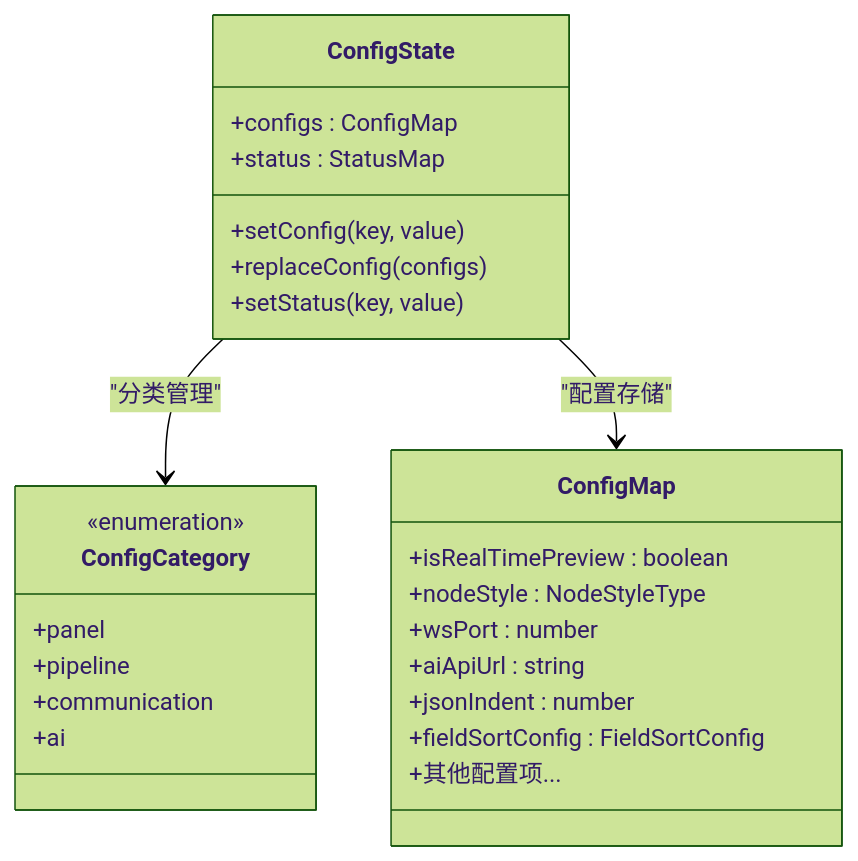
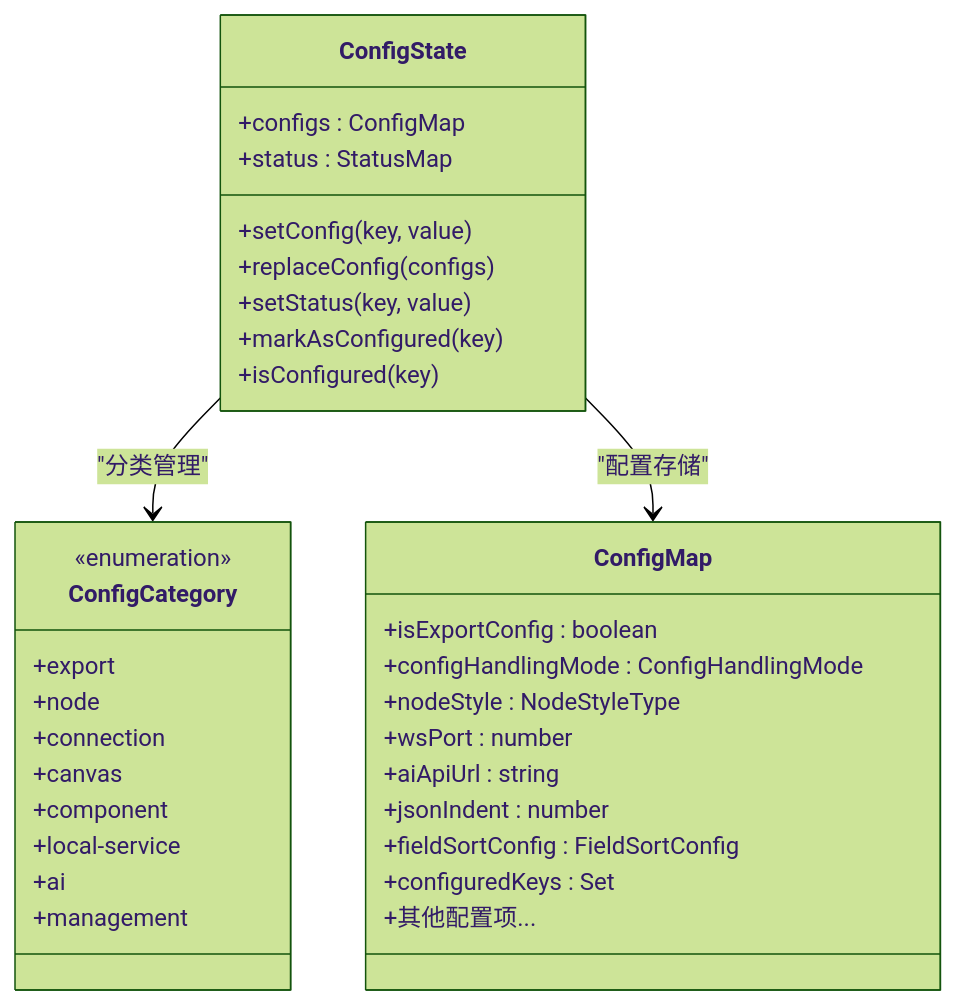
The second of 20 diagrams in .qoder/repowiki/zh/content/Config Store/Config Store.md (kqcoxn/MaaPipelineEditor), drawn with Mermaid (forest theme) before and after one commit. The commit also changed other lines of this file and 50 other files, not shown here.

````diff
--- a/.qoder/repowiki/zh/content/Config Store/Config Store.md
+++ b/.qoder/repowiki/zh/content/Config Store/Config Store.md
@@ -140,28 +155,36 @@
 ```mermaid
 classDiagram
 class ConfigCategory {
 <<enumeration>>
-+panel
-+pipeline
-+communication
++export
++node
++connection
++canvas
++component
++local-service
 +ai
++management
 }
 class ConfigState {
 +configs : ConfigMap
 +status : StatusMap
 +setConfig(key, value)
 +replaceConfig(configs)
 +setStatus(key, value)
++markAsConfigured(key)
++isConfigured(key)
 }
 class ConfigMap {
-+isRealTimePreview : boolean
++isExportConfig : boolean
++configHandlingMode : ConfigHandlingMode
 +nodeStyle : NodeStyleType
 +wsPort : number
 +aiApiUrl : string
 +jsonIndent : number
 +fieldSortConfig : FieldSortConfig
++configuredKeys : Set<string>
 +其他配置项...
 }
 ConfigState --> ConfigCategory : "分类管理"
 ConfigState --> ConfigMap : "配置存储"
 ```
````
